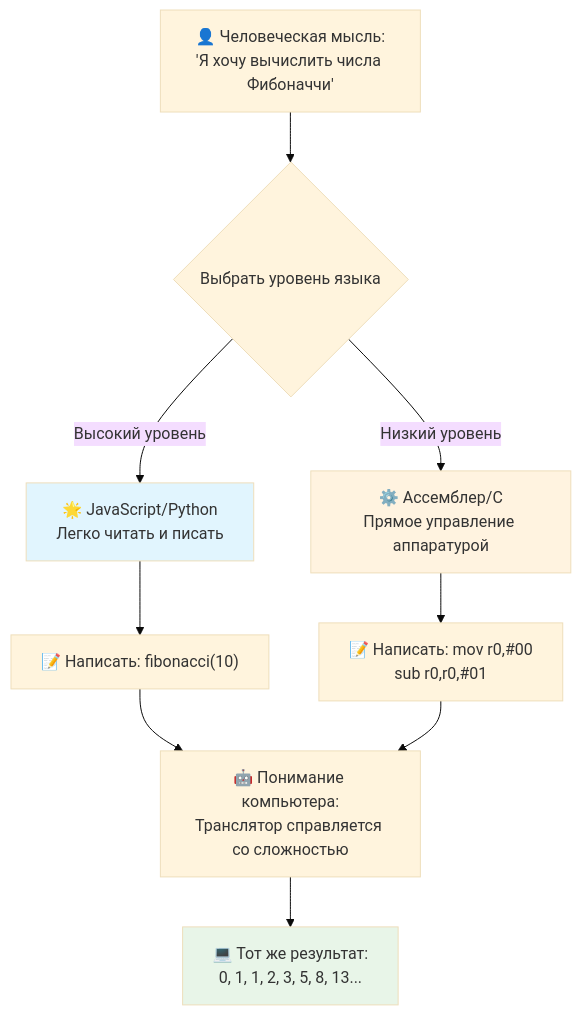
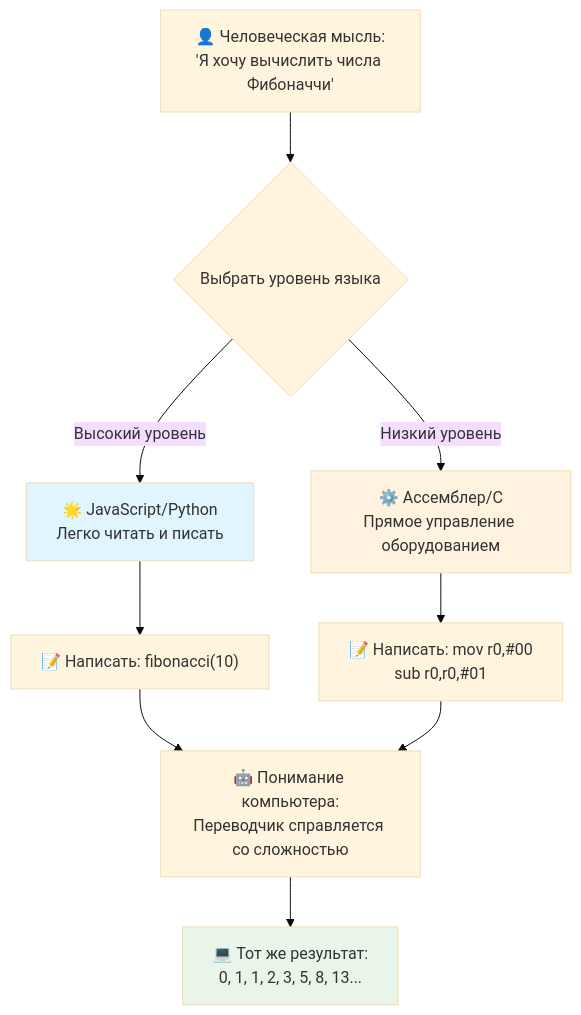
Before and after one commit to microsoft/Web-Dev-For-Beginners: the third of 7 diagrams in translations/ru/1-getting-started-lessons/1-intro-to-programming-languages/README.md, drawn with Mermaid (base theme). The commit also changed other lines of this file and 8 other files, not shown here.

````diff
--- a/translations/ru/1-getting-started-lessons/1-intro-to-programming-languages/README.md
+++ b/translations/ru/1-getting-started-lessons/1-intro-to-programming-languages/README.md
@@ -148,19 +148,19 @@
 ```mermaid
 flowchart TB
     A["👤 Человеческая мысль:<br/>'Я хочу вычислить числа Фибоначчи'"] --> B{Выбрать уровень языка}
     
     B -->|Высокий уровень| C["🌟 JavaScript/Python<br/>Легко читать и писать"]
-    B -->|Низкий уровень| D["⚙️ Ассемблер/C<br/>Прямое управление аппаратурой"]
+    B -->|Низкий уровень| D["⚙️ Ассемблер/C<br/>Прямое управление оборудованием"]
     
     C --> E["📝 Написать: fibonacci(10)"]
     D --> F["📝 Написать: mov r0,#00<br/>sub r0,r0,#01"]
     
-    E --> G["🤖 Понимание компьютера:<br/>Транслятор справляется со сложностью"]
+    E --> G["🤖 Понимание компьютера:<br/>Переводчик справляется со сложностью"]
     F --> G
     
     G --> H["💻 Тот же результат:<br/>0, 1, 1, 2, 3, 5, 8, 13..."]
     
     style C fill:#e1f5fe
     style D fill:#fff3e0
     style H fill:#e8f5e8
 ```
````
